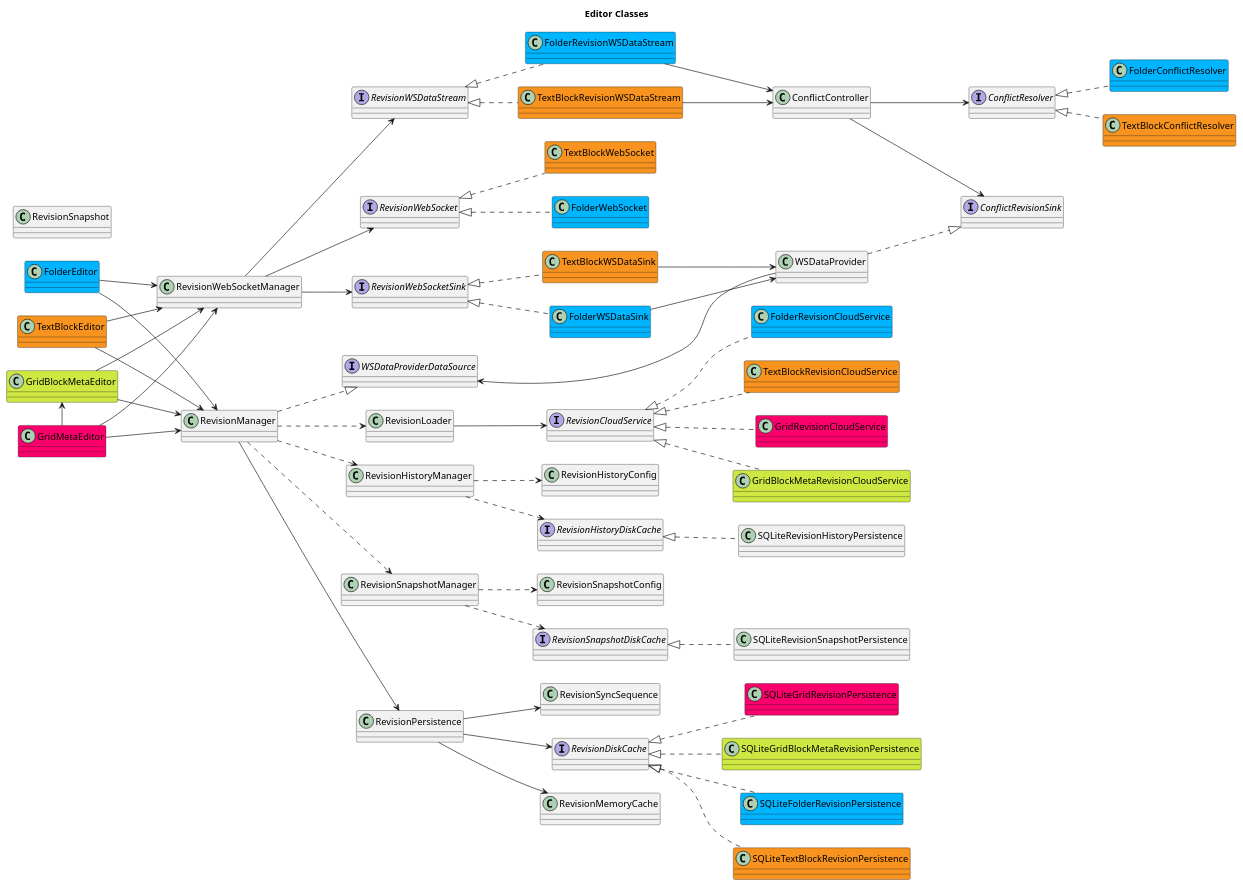
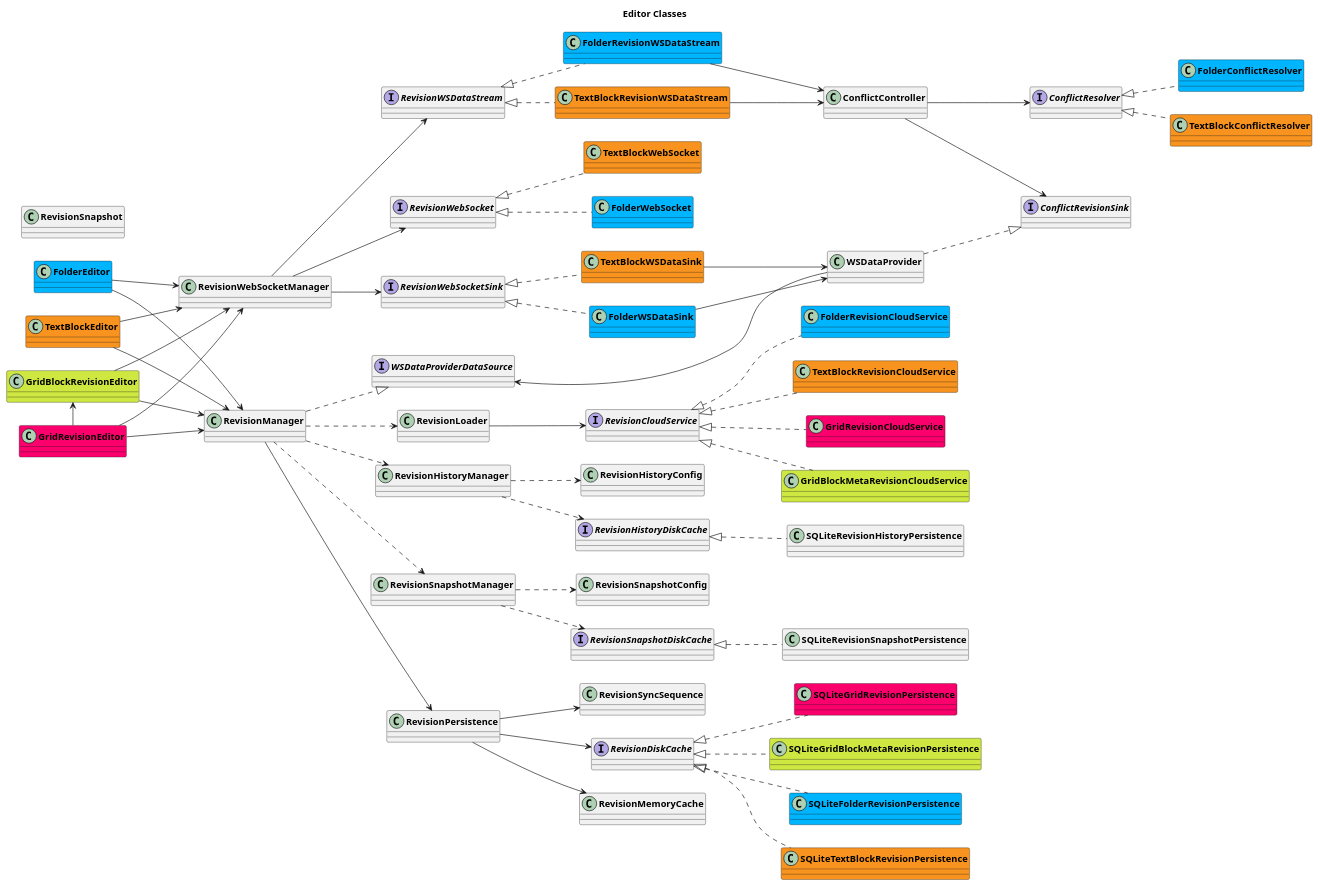
One commit to AppFlowy-IO/AppFlowy-Docs changed the first of 2 diagrams in uml/dart_flowy_sdk/revision_classes.plantuml. Above: the diagram before and after it, drawn with PlantUML. The commit also changed 1 other file, not shown here.

Commit message:
chore: update grid structs uml

```diff
--- a/uml/dart_flowy_sdk/revision_classes.plantuml
+++ b/uml/dart_flowy_sdk/revision_classes.plantuml
@@ -2,150 +2,152 @@
 @startuml AppFlowy
 title Editor Classes
+skinparam classFontStyle Bold
+
 left to right direction
 
 'Revision
 '    classes
     class RevisionManager {}
     class RevisionWebSocketManager {}
     class RevisionPersistence {}
     class RevisionMemoryCache {}
     class RevisionSyncSequence {}
 
 
 '    interface
     interface RevisionWebSocket {}
     interface RevisionCloudService {}
     interface RevisionWebSocketSink {}
     interface RevisionWSDataStream {}
     interface RevisionDiskCache {}
 
 '    interface impl
     RevisionManager ..|> WSDataProviderDataSource
 
 '   websocket
     RevisionWebSocketManager --> RevisionWebSocketSink
     RevisionWebSocketManager --> RevisionWSDataStream
     RevisionWebSocketManager --> RevisionWebSocket
 
 '   deps
     RevisionManager ..> RevisionLoader
     RevisionLoader --> RevisionCloudService
     RevisionManager --> RevisionPersistence
     RevisionPersistence -d-> RevisionDiskCache
     RevisionPersistence -d-> RevisionMemoryCache
     RevisionPersistence -d-> RevisionSyncSequence
 
 'Folder
 '    classes
     class FolderEditor #00B5FF {}
     class FolderWSDataSink #00B5FF {}
     class FolderWebSocket #00B5FF {}
     class FolderRevisionWSDataStream #00B5FF {}
     class FolderConflictResolver #00B5FF {}
     class FolderRevisionCloudService #00B5FF
     class SQLiteFolderRevisionPersistence #00B5FF  {}
 
 '   interface impl
     SQLiteFolderRevisionPersistence .u.|> RevisionDiskCache
     FolderConflictResolver .u.|> ConflictResolver
 
 '    websocket
     FolderRevisionWSDataStream .U.|> RevisionWSDataStream
     FolderRevisionWSDataStream --> ConflictController
     FolderWebSocket .u.|> RevisionWebSocket
     FolderWSDataSink .u.|> RevisionWebSocketSink
     FolderWSDataSink --> WSDataProvider
 
 '   deps
     FolderEditor --> RevisionManager
     FolderEditor --> RevisionWebSocketManager
     FolderRevisionCloudService .u.|> RevisionCloudService
 
 'TextBlock
 '   classes
     class TextBlockEditor #F7931E {}
     class TextBlockWSDataSink #F7931E {}
     class TextBlockWebSocket #F7931E {}
     class TextBlockRevisionWSDataStream #F7931E {}
     class TextBlockConflictResolver #F7931E {}
     class TextBlockRevisionCloudService #F7931E
     class SQLiteTextBlockRevisionPersistence #F7931E {}
 
 '   interface impl
     SQLiteTextBlockRevisionPersistence .u.|> RevisionDiskCache
     TextBlockConflictResolver .u.|> ConflictResolver
 
 '    websocket
     TextBlockRevisionWSDataStream .u.|> RevisionWSDataStream
     TextBlockRevisionWSDataStream --> ConflictController
     TextBlockWebSocket .u.|> RevisionWebSocket
     TextBlockWSDataSink .u.|> RevisionWebSocketSink
     TextBlockWSDataSink --> WSDataProvider
 
 '   deps
     TextBlockEditor --> RevisionManager
     TextBlockEditor --> RevisionWebSocketManager
     TextBlockRevisionCloudService .u.|> RevisionCloudService
 
 'Grid
 '   classes
-    class GridMetaEditor #FB006D
-    class GridBlockMetaEditor #CEE741
+    class GridRevisionEditor #FB006D
+    class GridBlockRevisionEditor #CEE741
     class GridRevisionCloudService #FB006D
     class GridBlockMetaRevisionCloudService #CEE741
     class SQLiteGridRevisionPersistence #FB006D {}
     class SQLiteGridBlockMetaRevisionPersistence #CEE741 {}
 
 '   interface impl
     SQLiteGridRevisionPersistence .u.|> RevisionDiskCache
     SQLiteGridBlockMetaRevisionPersistence .u.|> RevisionDiskCache
 
 '   deps
-    GridMetaEditor --> RevisionManager
-    GridMetaEditor --> RevisionWebSocketManager
-    GridMetaEditor -l-> GridBlockMetaEditor
-    GridBlockMetaEditor --> RevisionManager
-    GridBlockMetaEditor --> RevisionWebSocketManager
+    GridRevisionEditor --> RevisionManager
+    GridRevisionEditor --> RevisionWebSocketManager
+    GridRevisionEditor -l-> GridBlockRevisionEditor
+    GridBlockRevisionEditor --> RevisionManager
+    GridBlockRevisionEditor --> RevisionWebSocketManager
     GridRevisionCloudService .u.|> RevisionCloudService
     GridBlockMetaRevisionCloudService .u.|> RevisionCloudService
 
 
 'History
 '   classes
     class RevisionHistoryManager {}
 
 '   interface
     interface RevisionHistoryDiskCache {}
 
 '   interface impl
     SQLiteRevisionHistoryPersistence .u.|> RevisionHistoryDiskCache
 
 '   deps
     RevisionManager ..> RevisionHistoryManager
     RevisionHistoryManager ..> RevisionHistoryConfig
     RevisionHistoryManager ..> RevisionHistoryDiskCache
 
 'Snapshot
 '   classes
     class RevisionSnapshot {}
 '   interface
     interface RevisionSnapshotDiskCache {}
 
 '   interface impl
     SQLiteRevisionSnapshotPersistence .u.|> RevisionSnapshotDiskCache
 
 '   deps
     RevisionManager ..> RevisionSnapshotManager
     RevisionSnapshotManager ..> RevisionSnapshotConfig
     RevisionSnapshotManager ..> RevisionSnapshotDiskCache
 
 
 interface ConflictResolver {}
 interface ConflictRevisionSink {}
 interface WSDataProviderDataSource {}
 ConflictController --> ConflictResolver
 ConflictController --> ConflictRevisionSink
 
 WSDataProvider ..|> ConflictRevisionSink
 WSDataProvider -l-> WSDataProviderDataSource
 @enduml
```
